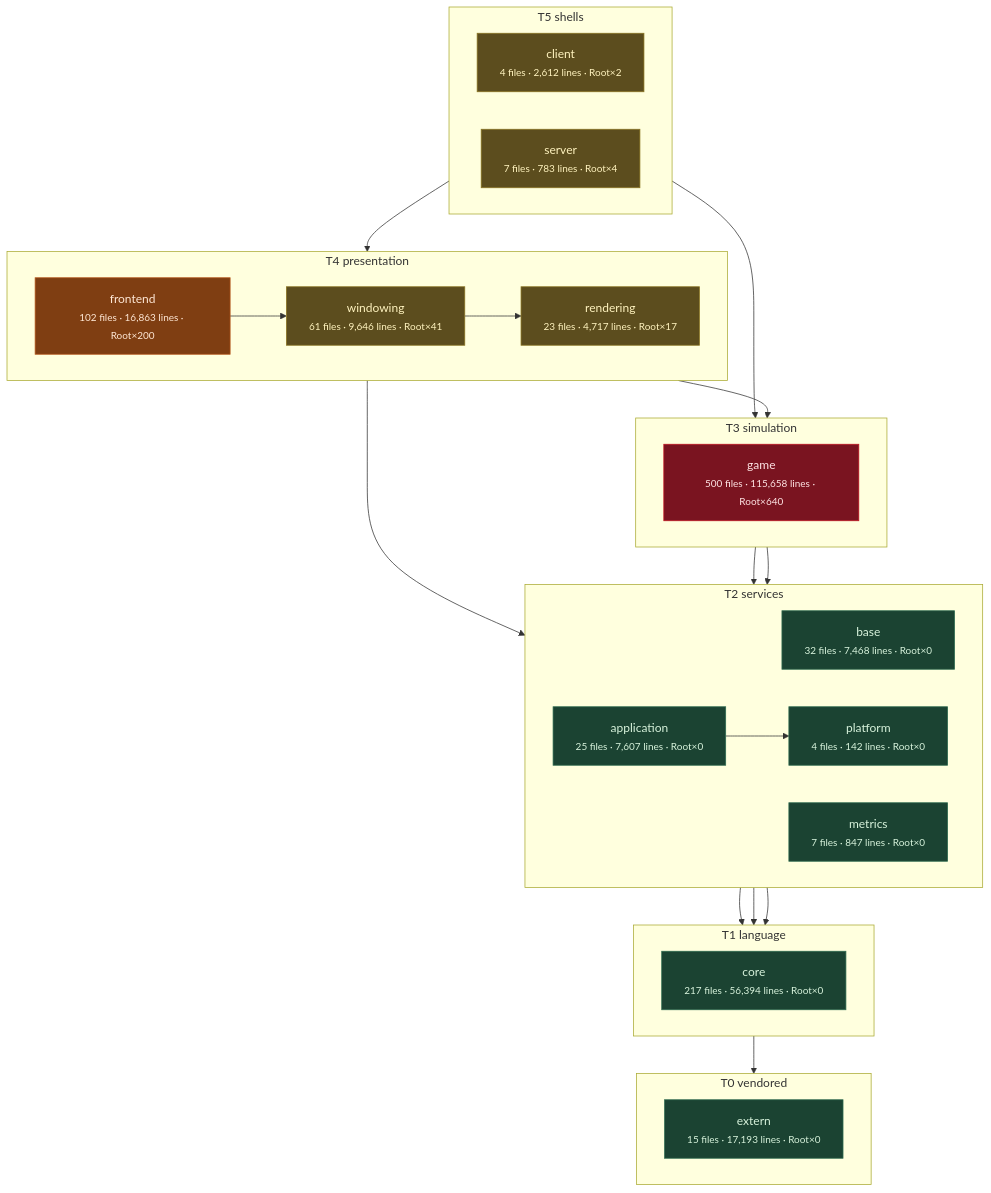
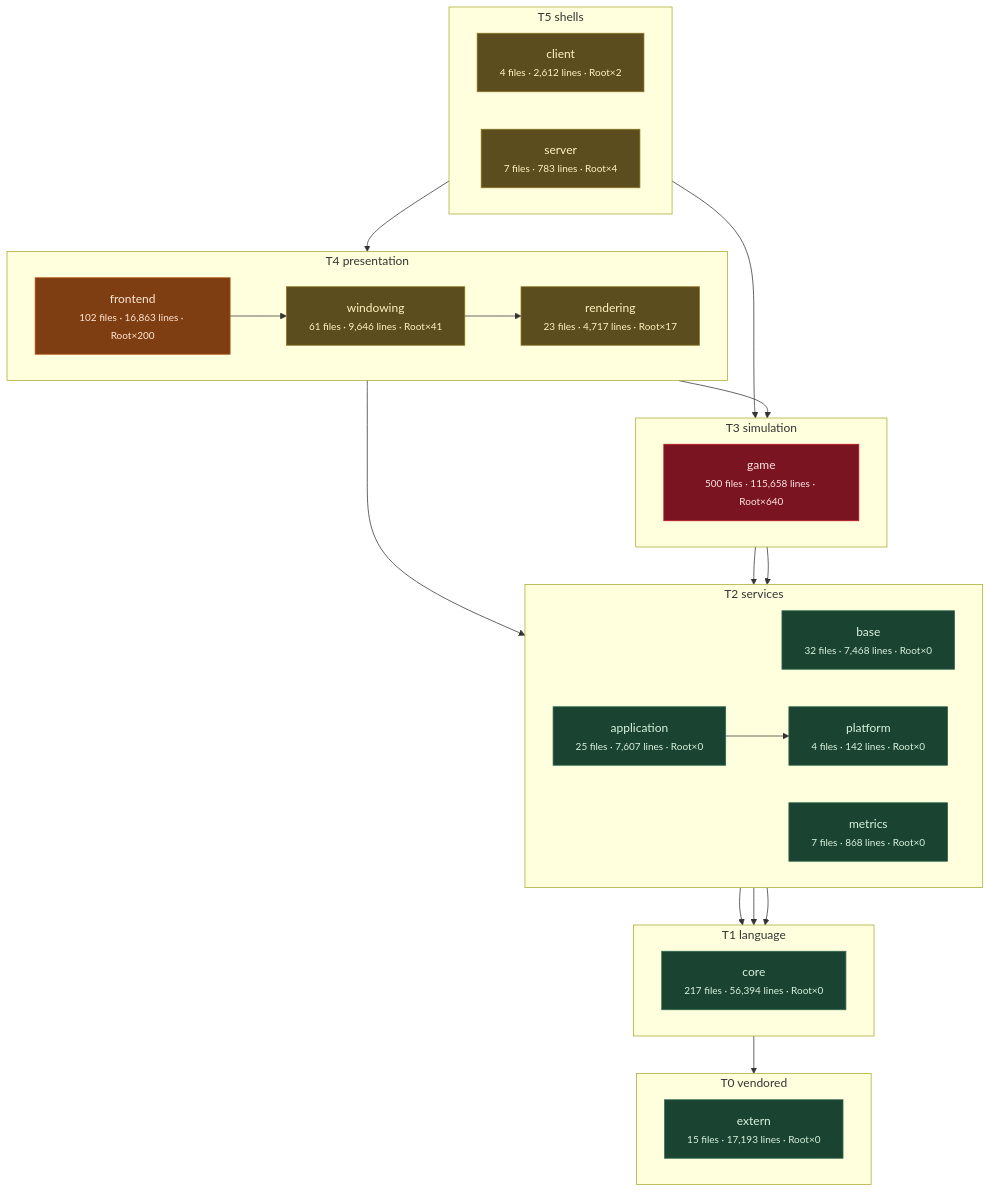
One commit to apnex/OpenStarbound changed the third of 11 diagrams in docs/architecture/system-boundaries.md. Above: the diagram before and after it, drawn with Mermaid. The commit also changed other lines of this file and 6 other files, not shown here.

````diff
--- a/docs/architecture/system-boundaries.md
+++ b/docs/architecture/system-boundaries.md
@@ -271,54 +271,54 @@
 ```mermaid
 flowchart TD
   subgraph T0["T0 vendored"]
     direction LR
     extern["extern<br/><small>15 files · 17,193 lines · Root×0</small>"]
   end
   subgraph T1["T1 language"]
     direction LR
     core["core<br/><small>217 files · 56,394 lines · Root×0</small>"]
   end
   subgraph T2["T2 services"]
     direction LR
     base["base<br/><small>32 files · 7,468 lines · Root×0</small>"]
-    metrics["metrics<br/><small>7 files · 847 lines · Root×0</small>"]
+    metrics["metrics<br/><small>7 files · 868 lines · Root×0</small>"]
     platform["platform<br/><small>4 files · 142 lines · Root×0</small>"]
     application["application<br/><small>25 files · 7,607 lines · Root×0</small>"]
   end
   subgraph T3["T3 simulation"]
     direction LR
     game["game<br/><small>500 files · 115,658 lines · Root×640</small>"]
   end
   subgraph T4["T4 presentation"]
     direction LR
     rendering["rendering<br/><small>23 files · 4,717 lines · Root×17</small>"]
     windowing["windowing<br/><small>61 files · 9,646 lines · Root×41</small>"]
     frontend["frontend<br/><small>102 files · 16,863 lines · Root×200</small>"]
   end
   subgraph T5["T5 shells"]
     direction LR
     client["client<br/><small>4 files · 2,612 lines · Root×2</small>"]
     server["server<br/><small>7 files · 783 lines · Root×4</small>"]
   end
   core --> extern
   base --> core
   metrics --> core
   platform --> core
   application --> platform
   game --> base
   game --> platform
   rendering --> application
   rendering --> game
   windowing --> rendering
   frontend --> windowing
   client --> frontend
   server --> game
   classDef clean fill:#1b4332,stroke:#2d6a4f,color:#d8f3dc
   classDef warm  fill:#5c4d1e,stroke:#8a7420,color:#fff3bf
   classDef hot   fill:#7f3e12,stroke:#b5561b,color:#ffe8d6
   classDef blaze fill:#7a1420,stroke:#c1121f,color:#ffe5e5
   class extern,core,base,metrics,platform,application clean
   class rendering,windowing,client,server warm
   class frontend hot
   class game blaze
 ```
````
